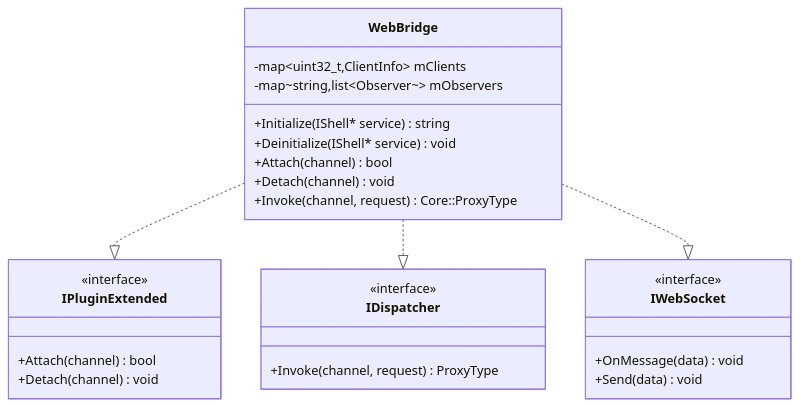
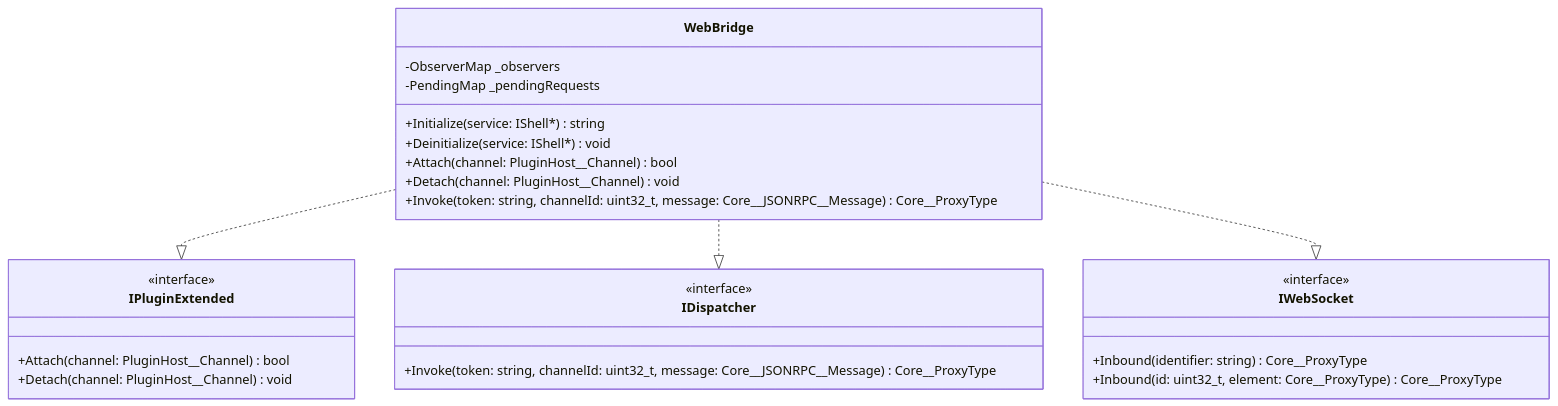
The second of 4 diagrams in WebBridge/WebBridge.md (rdkcentral/entservices-appmanagers), drawn with Mermaid before and after one commit. The commit also changed 5 other files, not shown here.

````diff
--- a/WebBridge/WebBridge.md
+++ b/WebBridge/WebBridge.md
@@ -62,33 +62,33 @@
 ```mermaid
 classDiagram
     class WebBridge {
-        -map~uint32_t,ClientInfo~ mClients
-        -map~string,list~Observer~~ mObservers
-        +Initialize(IShell* service) string
-        +Deinitialize(IShell* service) void
-        +Attach(channel) bool
-        +Detach(channel) void
-        +Invoke(channel, request) Core::ProxyType
+        -ObserverMap _observers
+        -PendingMap _pendingRequests
+        +Initialize(service: IShell*) string
+        +Deinitialize(service: IShell*) void
+        +Attach(channel: PluginHost__Channel) bool
+        +Detach(channel: PluginHost__Channel) void
+        +Invoke(token: string, channelId: uint32_t, message: Core__JSONRPC__Message) Core__ProxyType
     }
 
     class IPluginExtended {
         <<interface>>
-        +Attach(channel) bool
-        +Detach(channel) void
+        +Attach(channel: PluginHost__Channel) bool
+        +Detach(channel: PluginHost__Channel) void
     }
 
     class IDispatcher {
         <<interface>>
-        +Invoke(channel, request) ProxyType
+        +Invoke(token: string, channelId: uint32_t, message: Core__JSONRPC__Message) Core__ProxyType
     }
 
     class IWebSocket {
         <<interface>>
-        +OnMessage(data) void
-        +Send(data) void
+        +Inbound(identifier: string) Core__ProxyType
+        +Inbound(id: uint32_t, element: Core__ProxyType) Core__ProxyType
     }
 
     WebBridge ..|> IPluginExtended
     WebBridge ..|> IDispatcher
     WebBridge ..|> IWebSocket
 ```
````
